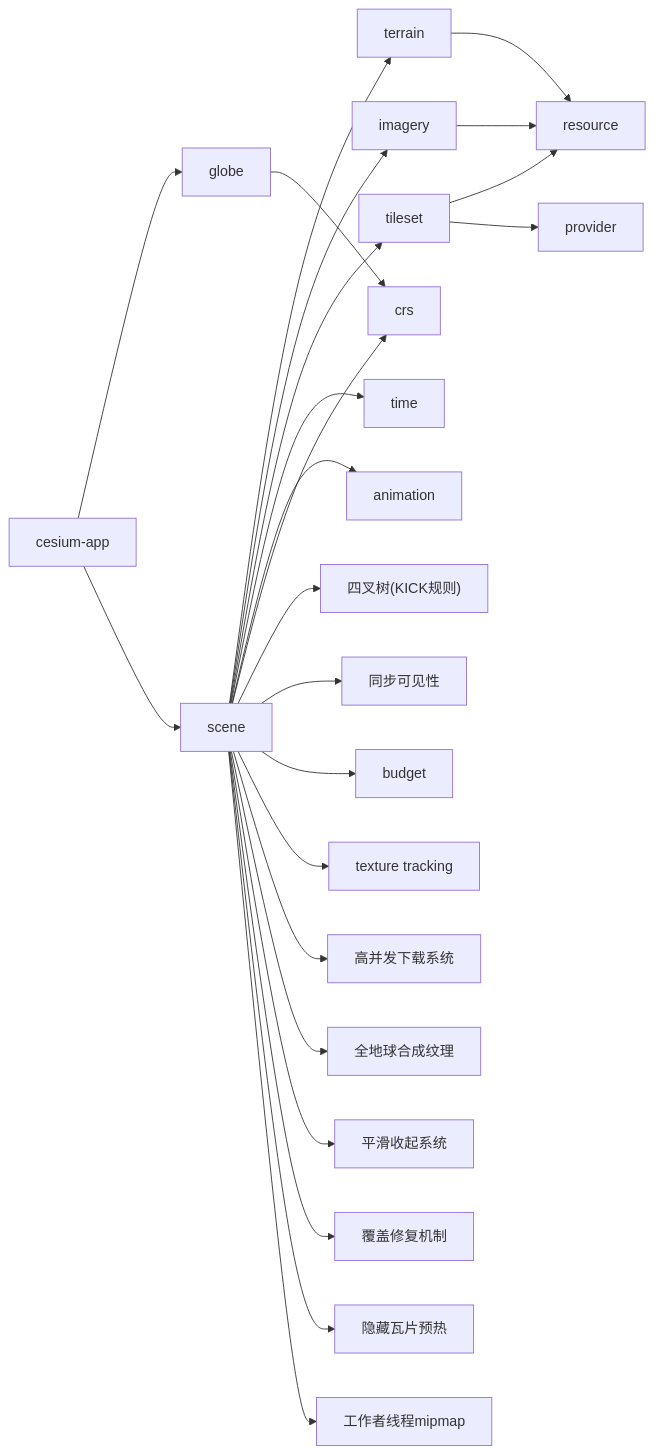
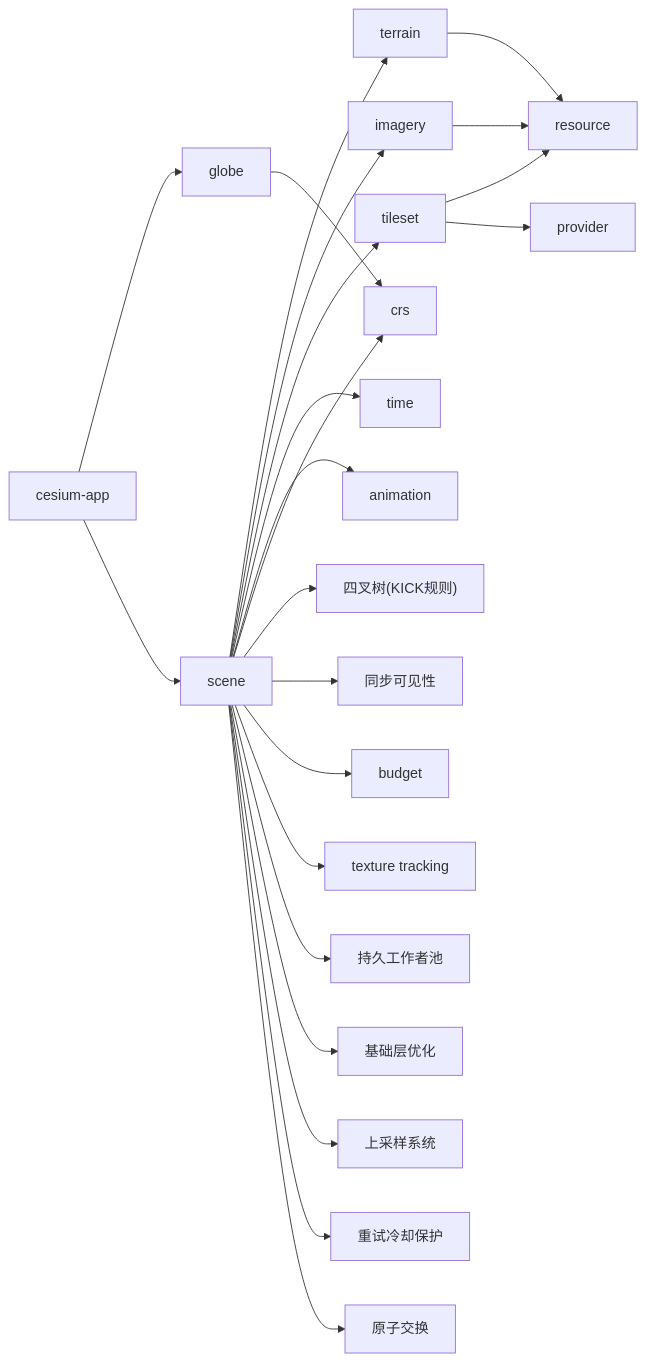
Before and after one commit to rzhangjing/cesium: diagram 22 of 22 in .qoder/repowiki/zh/content/核心概念/渲染管线与场景图/动态地球渲染系统.md, drawn with Mermaid. The commit also changed other lines of this file and 3 other files, not shown here.

````diff
--- a/.qoder/repowiki/zh/content/核心概念/渲染管线与场景图/动态地球渲染系统.md
+++ b/.qoder/repowiki/zh/content/核心概念/渲染管线与场景图/动态地球渲染系统.md
@@ -846,26 +859,25 @@
 ```mermaid
 graph LR
 App["cesium-app"] --> DomainGlobe["globe"]
 App --> DomainScene["scene"]
 DomainScene --> DomainTerrain["terrain"]
 DomainScene --> DomainImagery["imagery"]
 DomainScene --> DomainTileset["tileset"]
 DomainScene --> DomainTime["time"]
 DomainScene --> DomainAnimation["animation"]
 DomainScene --> DomainCRS["crs"]
 DomainTileset --> DomainResource["resource"]
 DomainTileset --> DomainProvider["provider"]
 DomainTerrain --> DomainResource
 DomainImagery --> DomainResource
 DomainGlobe --> DomainCRS
 DomainScene --> DomainQuadtree["四叉树(KICK规则)"]
 DomainScene --> DomainSyncVis["同步可见性"]
 DomainScene --> DomainBudget["budget"]
 DomainScene --> DomainTextureTrack["texture tracking"]
-DomainScene --> DomainDownloadSys["高并发下载系统"]
-DomainScene --> DomainBaseLayer["全地球合成纹理"]
-DomainScene --> DomainSmoothTransition["平滑收起系统"]
-DomainScene --> DomainCoverageFix["覆盖修复机制"]
-DomainScene --> DomainHiddenWarm["隐藏瓦片预热"]
-DomainScene --> DomainMipChain["工作者线程mipmap"]
+DomainScene --> DomainDownloadSys["持久工作者池"]
+DomainScene --> DomainBaseLayer["基础层优化"]
+DomainScene --> DomainUpsampleSys["上采样系统"]
+DomainScene --> DomainRetryCool["重试冷却保护"]
+DomainScene --> DomainAtomicSwap["原子交换"]
 ```
````
